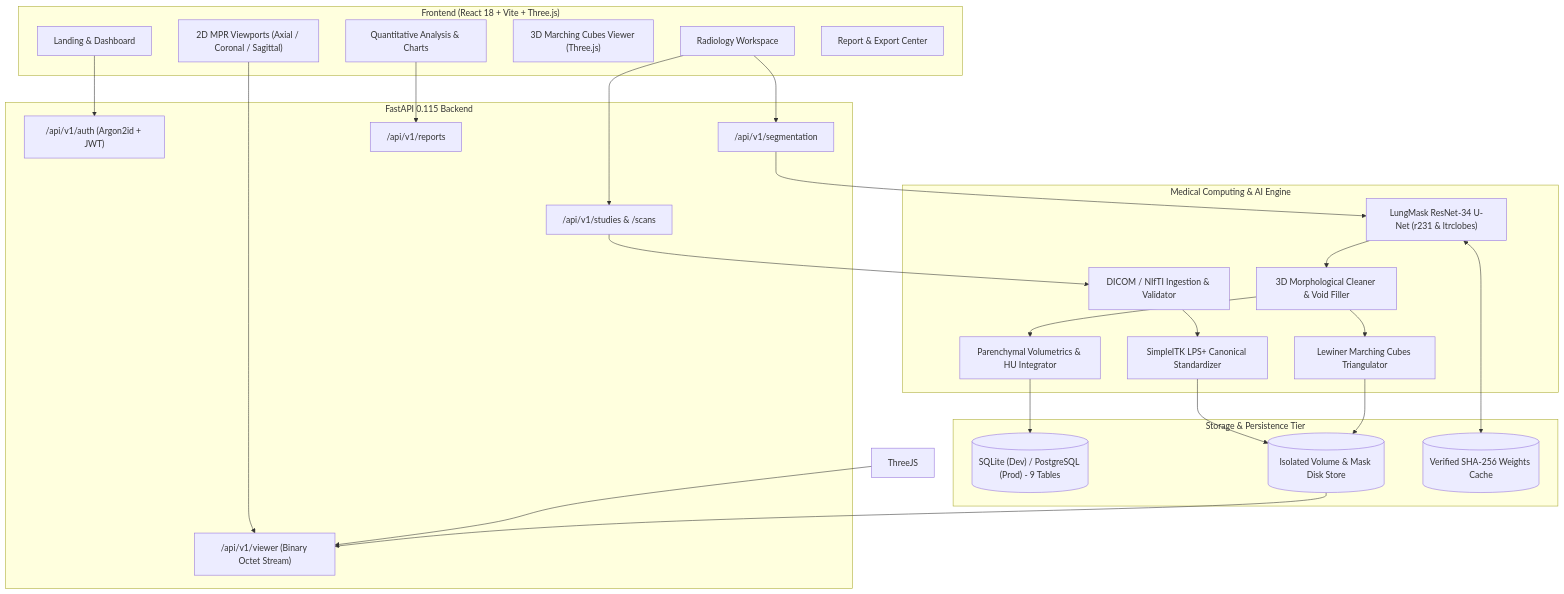
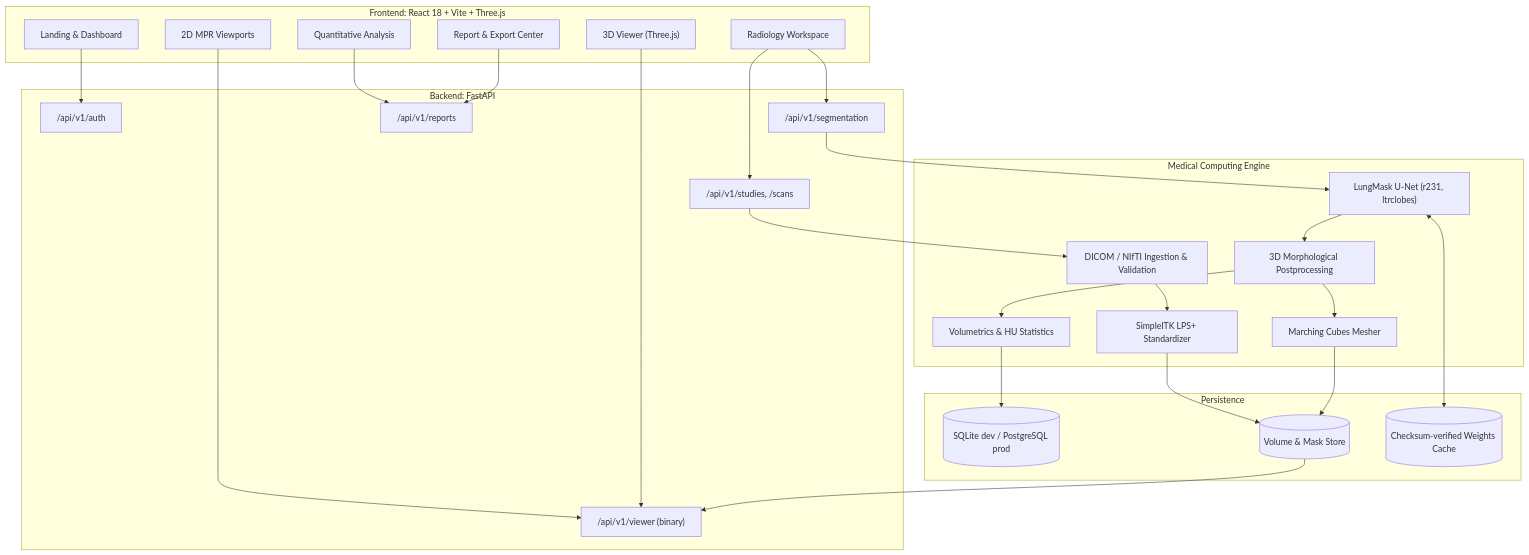
The diagram in README.md (Swagat744/PulmoVision), drawn with Mermaid before and after one commit. The commit also changed other lines of this file, not shown here.

````diff
--- a/README.md
+++ b/README.md
@@ -126,53 +142,52 @@
 ```mermaid
 flowchart TD
-    subgraph Client ["Frontend (React 18 + Vite + Three.js)"]
+    subgraph Client ["Frontend: React 18 + Vite + Three.js"]
         UI["Landing & Dashboard"]
         WS["Radiology Workspace"]
-        MPR["2D MPR Viewports (Axial / Coronal / Sagittal)"]
-        View3D["3D Marching Cubes Viewer (Three.js)"]
-        Analysis["Quantitative Analysis & Charts"]
+        MPR["2D MPR Viewports"]
+        View3D["3D Viewer (Three.js)"]
+        Analysis["Quantitative Analysis"]
         Reports["Report & Export Center"]
     end
 
-    subgraph API ["FastAPI 0.115 Backend"]
-        AuthRouter["/api/v1/auth (Argon2id + JWT)"]
-        StudyRouter["/api/v1/studies & /scans"]
+    subgraph API ["Backend: FastAPI"]
+        AuthRouter["/api/v1/auth"]
+        StudyRouter["/api/v1/studies, /scans"]
         SegRouter["/api/v1/segmentation"]
-        ViewerRouter["/api/v1/viewer (Binary Octet Stream)"]
+        ViewerRouter["/api/v1/viewer (binary)"]
         ReportRouter["/api/v1/reports"]
     end
 
-    subgraph ML ["Medical Computing & AI Engine"]
-        Ingest["DICOM / NIfTI Ingestion & Validator"]
-        SITK["SimpleITK LPS+ Canonical Standardizer"]
-        LungMask["LungMask ResNet-34 U-Net (r231 & ltrclobes)"]
-        PostProc["3D Morphological Cleaner & Void Filler"]
-        MC["Lewiner Marching Cubes Triangulator"]
-        Metrics["Parenchymal Volumetrics & HU Integrator"]
+    subgraph ML ["Medical Computing Engine"]
+        Ingest["DICOM / NIfTI Ingestion & Validation"]
+        SITK["SimpleITK LPS+ Standardizer"]
+        LungMask["LungMask U-Net (r231, ltrclobes)"]
+        PostProc["3D Morphological Postprocessing"]
+        MC["Marching Cubes Mesher"]
+        Metrics["Volumetrics & HU Statistics"]
     end
 
-    subgraph Storage ["Storage & Persistence Tier"]
-        DB[("SQLite (Dev) / PostgreSQL (Prod) - 9 Tables")]
-        DiskStore[("Isolated Volume & Mask Disk Store")]
-        ModelCache[("Verified SHA-256 Weights Cache")]
+    subgraph Storage ["Persistence"]
+        DB[("SQLite dev / PostgreSQL prod")]
+        DiskStore[("Volume & Mask Store")]
+        ModelCache[("Checksum-verified Weights Cache")]
     end
 
     UI --> AuthRouter
     WS --> StudyRouter
     WS --> SegRouter
     MPR --> ViewerRouter
-    ThreeJS --> ViewerRouter
+    View3D --> ViewerRouter
     Analysis --> ReportRouter
+    Reports --> ReportRouter
 
-    StudyRouter --> Ingest
-    Ingest --> SITK
-    SITK --> DiskStore
+    StudyRouter --> Ingest --> SITK --> DiskStore
     SegRouter --> LungMask
     LungMask <--> ModelCache
     LungMask --> PostProc
     PostProc --> MC
     PostProc --> Metrics
     MC --> DiskStore
     Metrics --> DB
     DiskStore --> ViewerRouter
 ```
````
